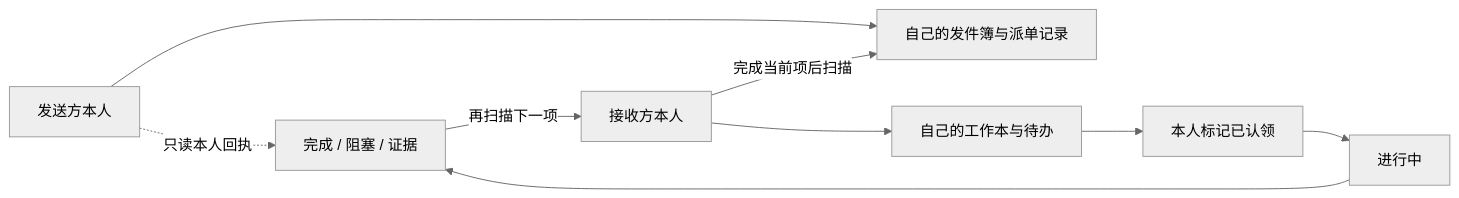
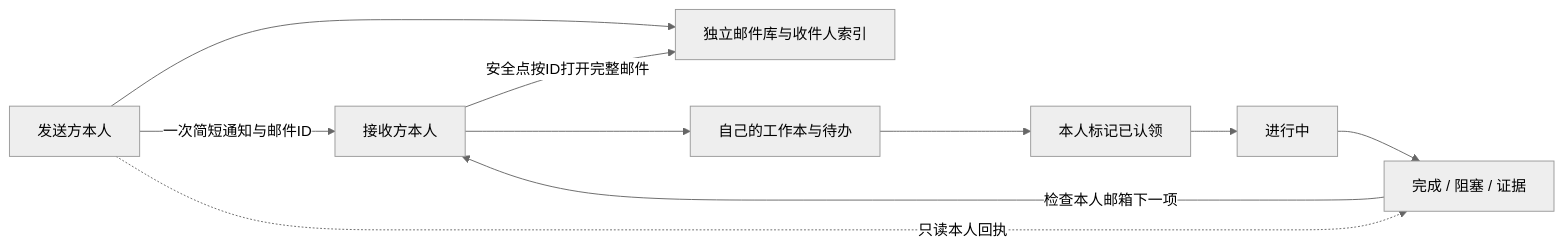
The second of 2 diagrams in README.md (ChenfromChina123/agent-collaboration-supervisor-skill), drawn with Mermaid (neutral theme) before and after one commit. The commit also changed other lines of this file and 11 other files, not shown here.

````diff
--- a/README.md
+++ b/README.md
@@ -43,11 +43,12 @@
 ```mermaid
 flowchart LR
-    S[发送方本人] --> O[自己的发件簿与派单记录]
-    R[接收方本人] -->|完成当前项后扫描| O
+    S[发送方本人] --> O[独立邮件库与收件人索引]
+    S -->|一次简短通知与邮件ID| R[接收方本人]
+    R -->|安全点按ID打开完整邮件| O
     R --> Q[自己的工作本与待办]
     Q --> C[本人标记已认领]
     C --> W[进行中]
     W --> E[完成 / 阻塞 / 证据]
-    E -->|再扫描下一项| R
+    E -->|检查本人邮箱下一项| R
     S -.只读本人回执.-> E
 ```
````
